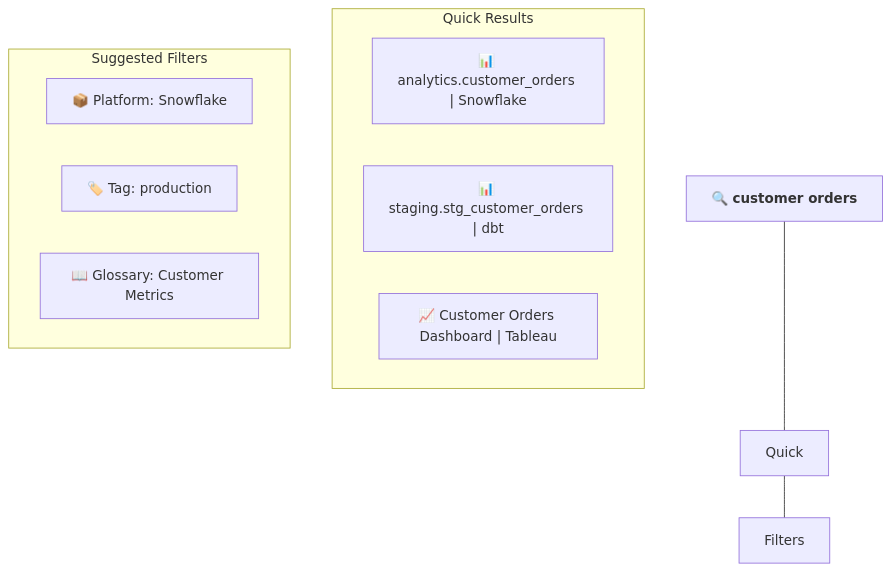
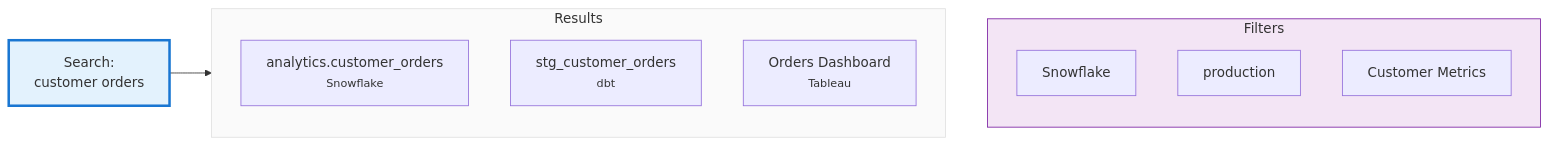
Before and after one commit to karan0207/datahub: the second of 8 diagrams in docs/tutorial-basics/ui-tour.md, drawn with Mermaid. The commit also changed other lines of this file and 7 other files, not shown here.

Commit message:
feat: updated graph chart

````diff
--- a/docs/tutorial-basics/ui-tour.md
+++ b/docs/tutorial-basics/ui-tour.md
@@ -65,19 +52,23 @@
 ```mermaid
-graph TD
-    S["🔍 <b>customer orders</b>"]
+flowchart LR
+    S["Search:<br/>customer orders"]
     
-    subgraph "Quick Results"
-        Q1["📊 analytics.customer_orders | Snowflake"]
-        Q2["📊 staging.stg_customer_orders | dbt"]
-        Q3["📈 Customer Orders Dashboard | Tableau"]
+    subgraph RESULTS[Results]
+        Q1["analytics.customer_orders<br/><small>Snowflake</small>"]
+        Q2["stg_customer_orders<br/><small>dbt</small>"]
+        Q3["Orders Dashboard<br/><small>Tableau</small>"]
     end
 
-    subgraph "Suggested Filters"
-        F1["📦 Platform: Snowflake"]
-        F2["🏷️ Tag: production"]
-        F3["📖 Glossary: Customer Metrics"]
+    subgraph FILTERS[Filters]
+        F1[Snowflake]
+        F2[production]
+        F3[Customer Metrics]
     end
 
-    S --- Quick
-    Quick --- Filters
+    S --> RESULTS
+    RESULTS ~~~ FILTERS
+
+    style S fill:#e3f2fd,stroke:#1976d2,stroke-width:3px
+    style RESULTS fill:#fafafa,stroke:#e0e0e0
+    style FILTERS fill:#f3e5f5,stroke:#7b1fa2
 ```
````
